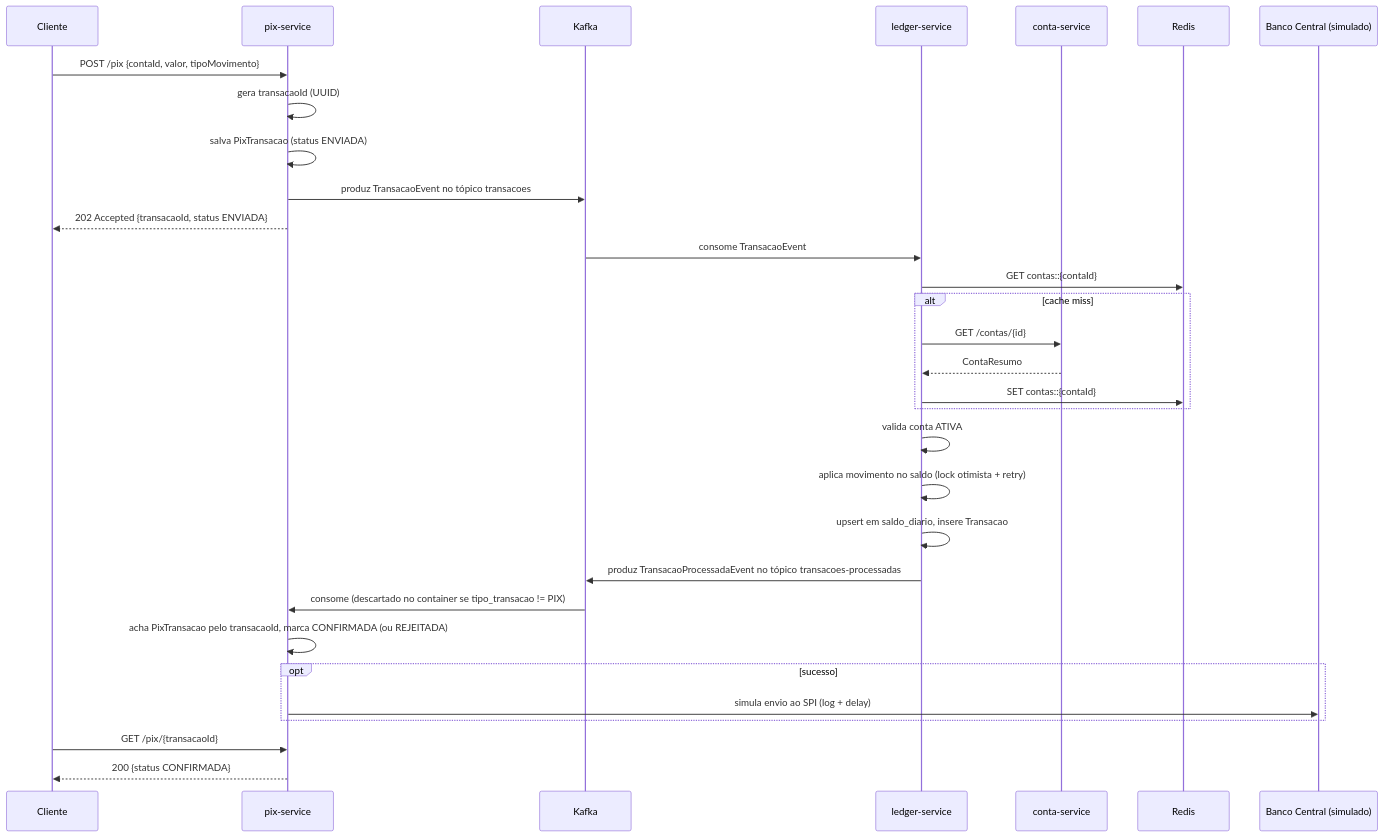
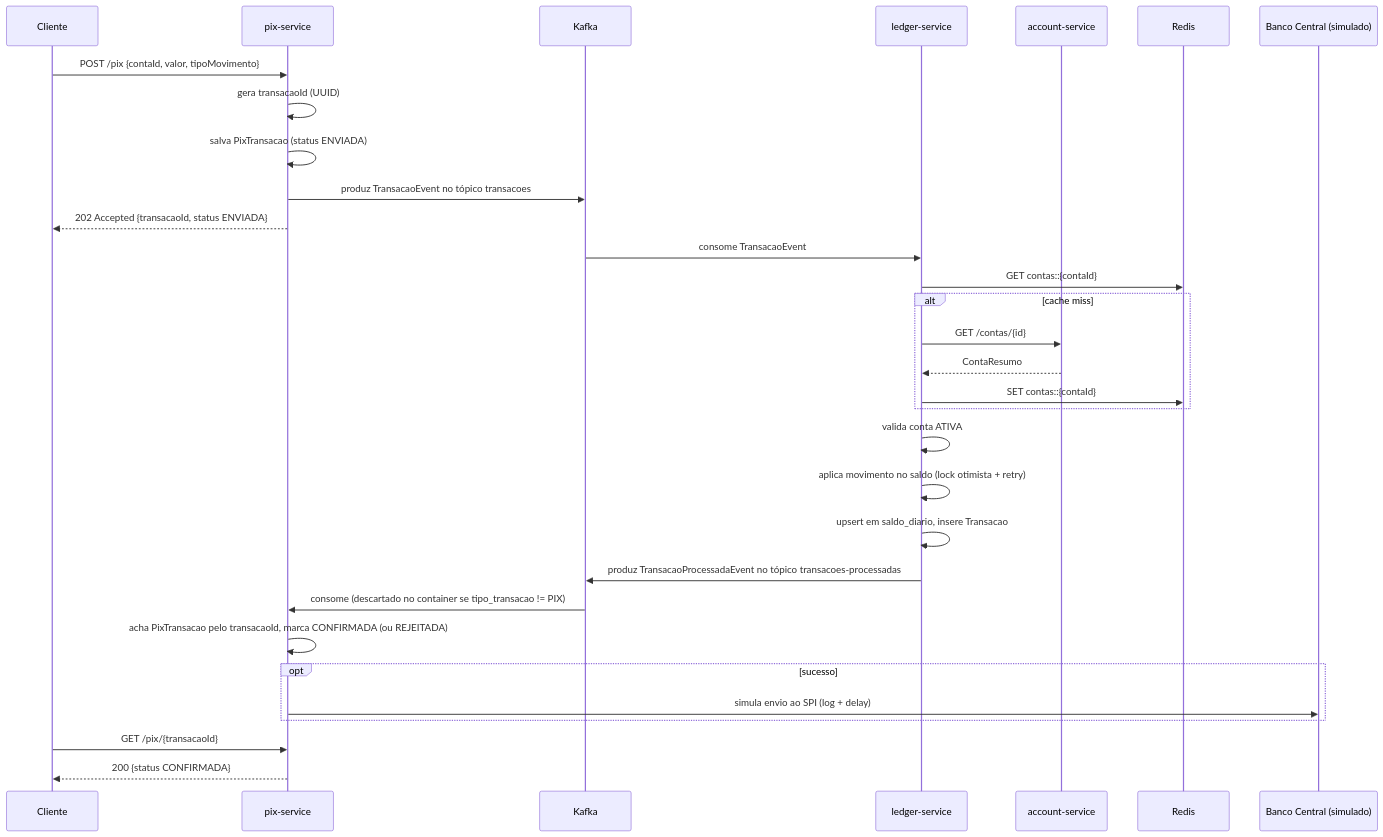
One commit to lucianoft/banco-digital-kafka changed the second of 2 diagrams in README.md. Above: the diagram before and after it, drawn with Mermaid. The commit also changed other lines of this file and 132 other files, not shown here.

````diff
--- a/README.md
+++ b/README.md
@@ -61,37 +61,37 @@
 ```mermaid
 sequenceDiagram
     participant C as Cliente
     participant PIX as pix-service
     participant K as Kafka
     participant L as ledger-service
-    participant CS as conta-service
+    participant CS as account-service
     participant R as Redis
     participant BC as Banco Central (simulado)
 
     C->>PIX: POST /pix {contaId, valor, tipoMovimento}
     PIX->>PIX: gera transacaoId (UUID)
     PIX->>PIX: salva PixTransacao (status ENVIADA)
     PIX->>K: produz TransacaoEvent no tópico transacoes
     PIX-->>C: 202 Accepted {transacaoId, status ENVIADA}
 
     K->>L: consome TransacaoEvent
     L->>R: GET contas::{contaId}
     alt cache miss
         L->>CS: GET /contas/{id}
         CS-->>L: ContaResumo
         L->>R: SET contas::{contaId}
     end
     L->>L: valida conta ATIVA
     L->>L: aplica movimento no saldo (lock otimista + retry)
     L->>L: upsert em saldo_diario, insere Transacao
     L->>K: produz TransacaoProcessadaEvent no tópico transacoes-processadas
 
     K->>PIX: consome (descartado no container se tipo_transacao != PIX)
     PIX->>PIX: acha PixTransacao pelo transacaoId, marca CONFIRMADA (ou REJEITADA)
     opt sucesso
         PIX->>BC: simula envio ao SPI (log + delay)
     end
 
     C->>PIX: GET /pix/{transacaoId}
     PIX-->>C: 200 {status CONFIRMADA}
 ```
````
